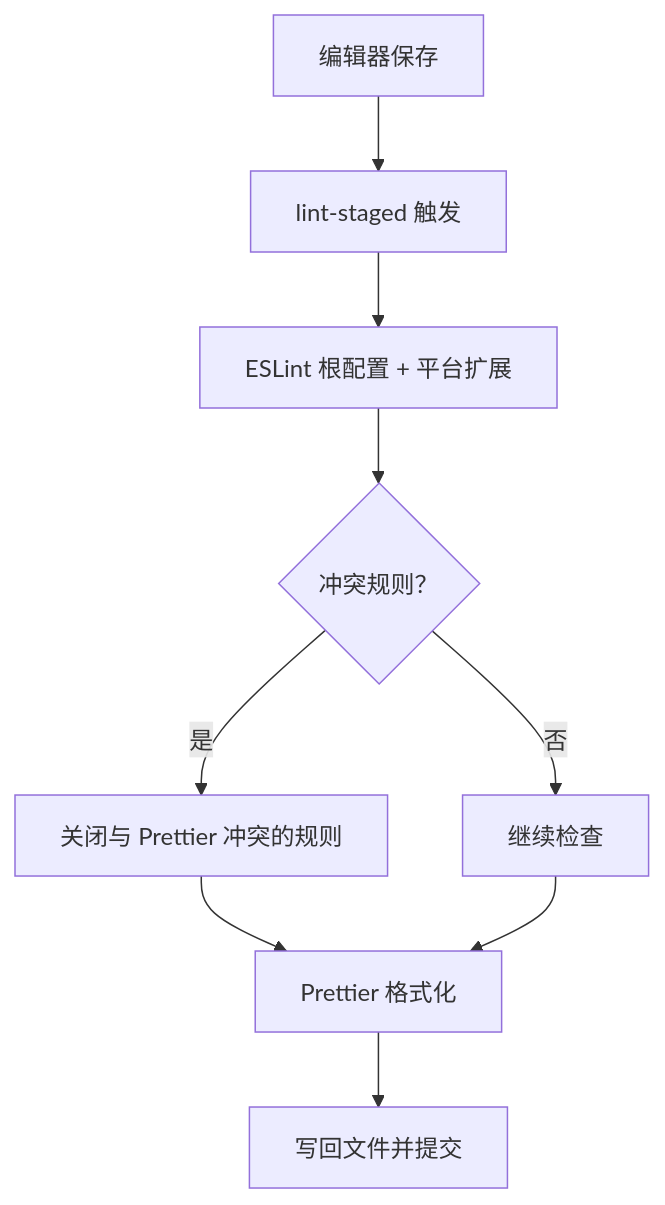
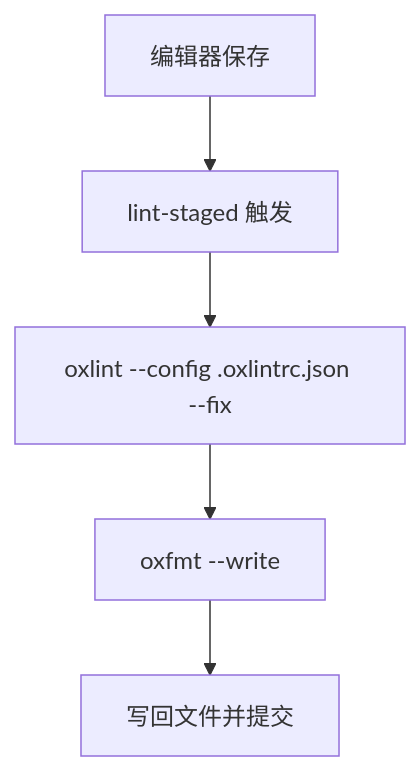
The fourth of 7 diagrams in .qoder/repowiki/zh/content/开发指南/开发指南.md (xixixiaoyu/Todo), drawn with Mermaid before and after one commit. The commit also changed other lines of this file and 6 other files, not shown here.

````diff
--- a/.qoder/repowiki/zh/content/开发指南/开发指南.md
+++ b/.qoder/repowiki/zh/content/开发指南/开发指南.md
@@ -211,11 +231,7 @@
 ```mermaid
 flowchart TD
 A["编辑器保存"] --> B["lint-staged 触发"]
-B --> C["ESLint 根配置 + 平台扩展"]
-C --> D{"冲突规则？"}
-D --> |是| E["关闭与 Prettier 冲突的规则"]
-D --> |否| F["继续检查"]
-E --> G["Prettier 格式化"]
-F --> G
-G --> H["写回文件并提交"]
+B --> C["oxlint --config .oxlintrc.json --fix"]
+C --> D["oxfmt --write"]
+D --> E["写回文件并提交"]
 ```
````
